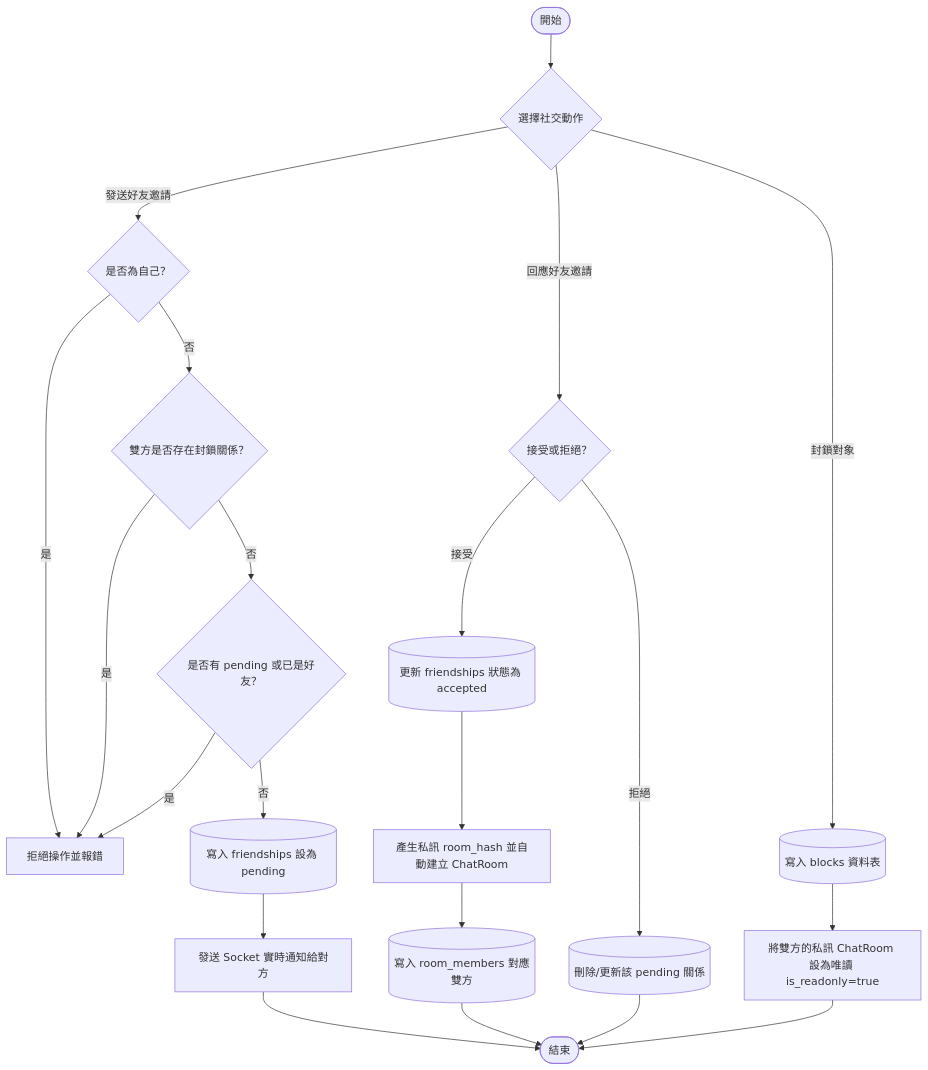
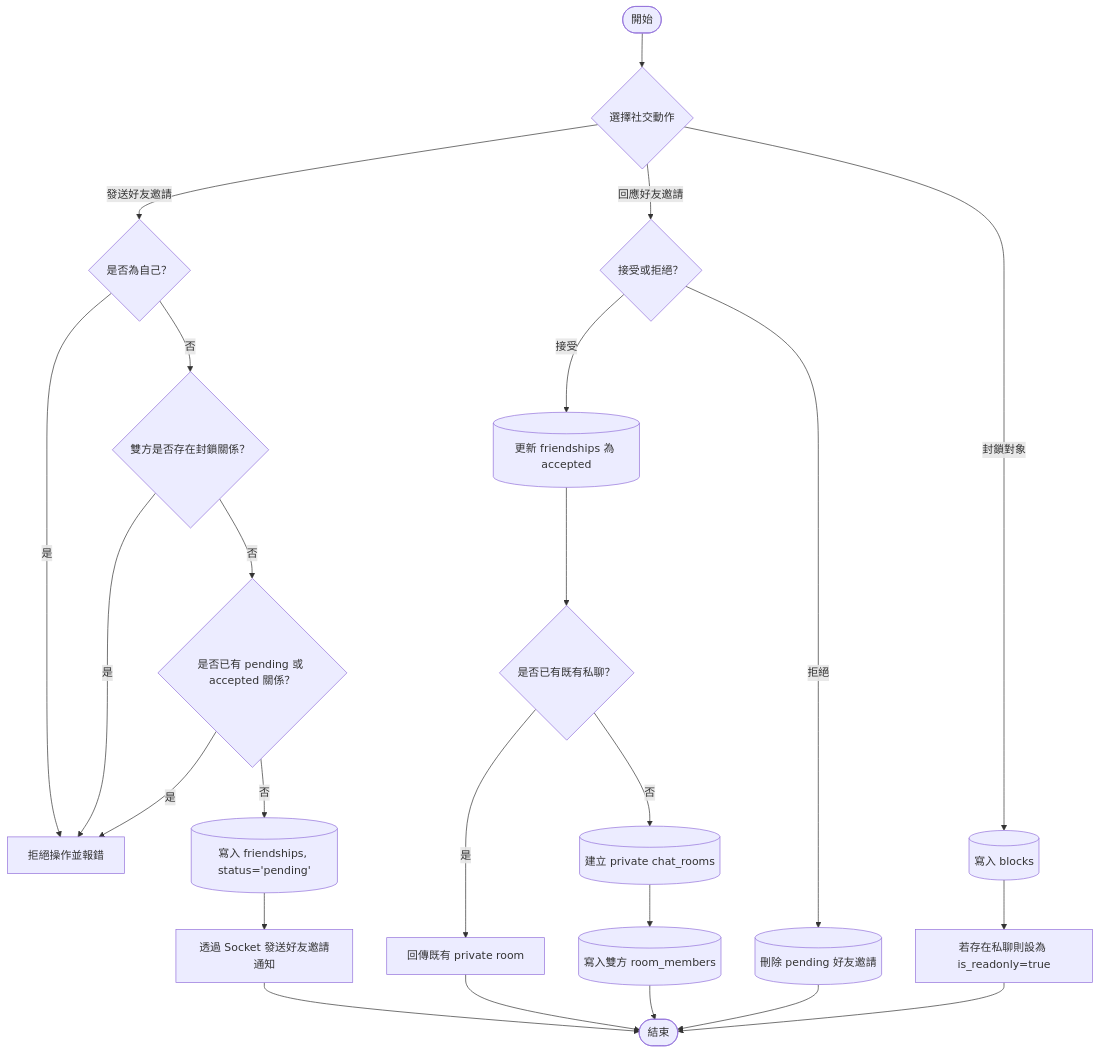
One commit to nearcsie/near-chat changed the second of 5 diagrams in docs/report-3.md. Above: the diagram before and after it, drawn with Mermaid. The commit also changed other lines of this file and 1 other file, not shown here.

Commit message:
docs:update report-3 and er-diagram picture

````diff
--- a/docs/report-3.md
+++ b/docs/report-3.md
@@ -210,29 +284,28 @@
 ```mermaid
 flowchart TD
     Start([開始]) --> Action{選擇社交動作}
-    
-    %% 發送好友邀請
+
     Action -- 發送好友邀請 --> CheckSelf{是否為自己？}
     CheckSelf -- 是 --> FailMsg[拒絕操作並報錯]
     CheckSelf -- 否 --> CheckBlocked{雙方是否存在封鎖關係？}
     CheckBlocked -- 是 --> FailMsg
-    CheckBlocked -- 否 --> CheckPending{是否有 pending 或已是好友？}
+    CheckBlocked -- 否 --> CheckPending{是否已有 pending 或 accepted 關係？}
     CheckPending -- 是 --> FailMsg
-    CheckPending -- 否 --> InsertFriend[(寫入 friendships 設為 pending)]
-    InsertFriend --> NotifyUser[發送 Socket 實時通知給對方] --> End([結束])
-    
-    %% 回應好友邀請
+    CheckPending -- 否 --> InsertFriend[(寫入 friendships, status='pending')]
+    InsertFriend --> NotifyUser[透過 Socket 發送好友邀請通知] --> End([結束])
+
     Action -- 回應好友邀請 --> AcceptOrReject{接受或拒絕？}
-    AcceptOrReject -- 接受 --> UpdateFriendAccepted[(更新 friendships 狀態為 accepted)]
-    UpdateFriendAccepted --> CreateRoomHash[產生私訊 room_hash 並自動建立 ChatRoom]
-    CreateRoomHash --> InsertRoomMembers[(寫入 room_members 對應雙方)]
+    AcceptOrReject -- 接受 --> UpdateFriendAccepted[(更新 friendships 為 accepted)]
+    UpdateFriendAccepted --> FindPrivateRoom{是否已有既有私聊？}
+    FindPrivateRoom -- 是 --> ReturnExistingRoom[回傳既有 private room]
+    FindPrivateRoom -- 否 --> CreatePrivateRoom[(建立 private chat_rooms)]
+    CreatePrivateRoom --> InsertRoomMembers[(寫入雙方 room_members)]
+    ReturnExistingRoom --> End
     InsertRoomMembers --> End
-    
-    AcceptOrReject -- 拒絕 --> DeleteFriendPending[(刪除/更新該 pending 關係)]
-    DeleteFriendPending --> End
-    
-    %% 封鎖對象
-    Action -- 封鎖對象 --> InsertBlock[(寫入 blocks 資料表)]
-    InsertBlock --> SetRoomReadonly[將雙方的私訊 ChatRoom 設為唯讀 is_readonly=true]
+
+    AcceptOrReject -- 拒絕 --> DeletePending[(刪除 pending 好友邀請)] --> End
+
+    Action -- 封鎖對象 --> InsertBlock[(寫入 blocks)]
+    InsertBlock --> SetRoomReadonly[若存在私聊則設為 is_readonly=true]
     SetRoomReadonly --> End
 ```
````
